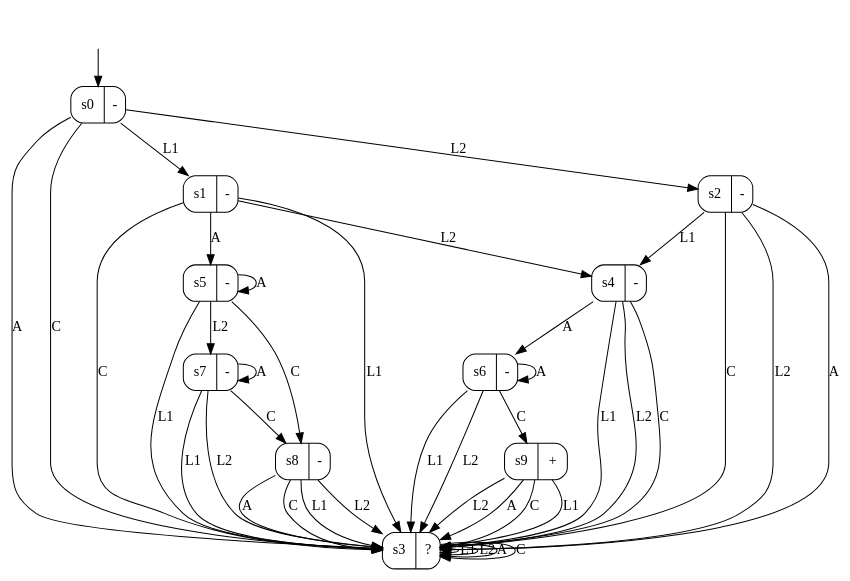
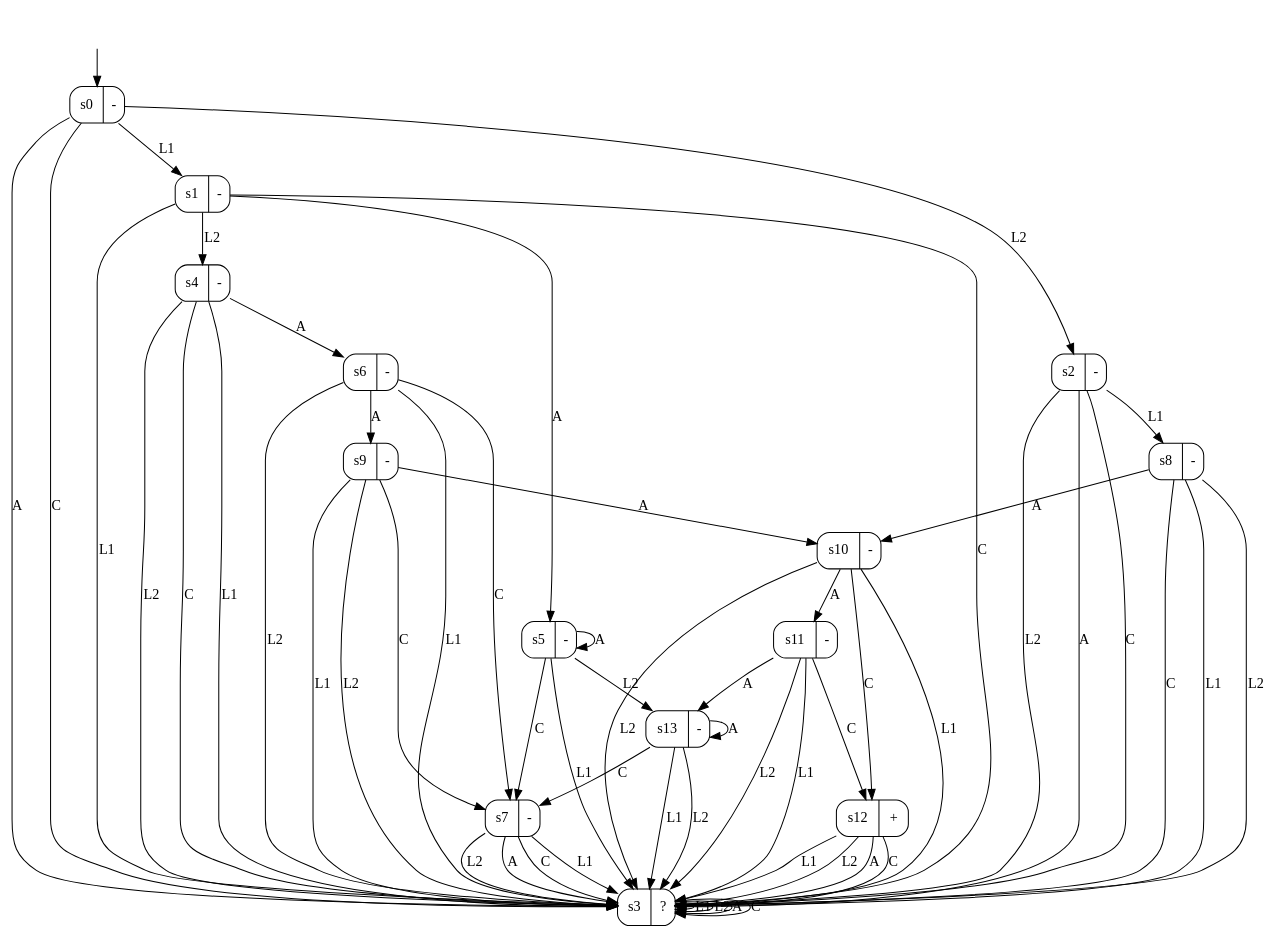
The diagram in output/magento_dfa3_0.6.dot (tomyaacov/lstar_dont_care), drawn with Graphviz before and after one commit. The commit also changed 22 other files, not shown here.

```diff
--- a/output/magento_dfa3_0.6.dot
+++ b/output/magento_dfa3_0.6.dot
@@ -1,54 +1,74 @@
 digraph "output/magento_dfa3_0.6" {
 s0 [label="s0|-", shape=record, style=rounded];
 s1 [label="s1|-", shape=record, style=rounded];
 s2 [label="s2|-", shape=record, style=rounded];
 s3 [label="s3|?", shape=record, style=rounded];
 s4 [label="s4|-", shape=record, style=rounded];
 s5 [label="s5|-", shape=record, style=rounded];
 s6 [label="s6|-", shape=record, style=rounded];
 s7 [label="s7|-", shape=record, style=rounded];
 s8 [label="s8|-", shape=record, style=rounded];
-s9 [label="s9|+", shape=record, style=rounded];
+s9 [label="s9|-", shape=record, style=rounded];
+s10 [label="s10|-", shape=record, style=rounded];
+s11 [label="s11|-", shape=record, style=rounded];
+s12 [label="s12|+", shape=record, style=rounded];
+s13 [label="s13|-", shape=record, style=rounded];
 s0 -> s1  [label=L1];
 s0 -> s2  [label=L2];
 s0 -> s3  [label=A];
 s0 -> s3  [label=C];
 s1 -> s3  [label=L1];
 s1 -> s4  [label=L2];
 s1 -> s5  [label=A];
 s1 -> s3  [label=C];
-s2 -> s4  [label=L1];
+s2 -> s8  [label=L1];
 s2 -> s3  [label=L2];
 s2 -> s3  [label=A];
 s2 -> s3  [label=C];
 s3 -> s3  [label=L1];
 s3 -> s3  [label=L2];
 s3 -> s3  [label=A];
 s3 -> s3  [label=C];
 s4 -> s3  [label=L1];
 s4 -> s3  [label=L2];
 s4 -> s6  [label=A];
 s4 -> s3  [label=C];
 s5 -> s3  [label=L1];
-s5 -> s7  [label=L2];
+s5 -> s13  [label=L2];
 s5 -> s5  [label=A];
-s5 -> s8  [label=C];
+s5 -> s7  [label=C];
 s6 -> s3  [label=L1];
 s6 -> s3  [label=L2];
-s6 -> s6  [label=A];
-s6 -> s9  [label=C];
+s6 -> s9  [label=A];
+s6 -> s7  [label=C];
 s7 -> s3  [label=L1];
 s7 -> s3  [label=L2];
-s7 -> s7  [label=A];
-s7 -> s8  [label=C];
+s7 -> s3  [label=A];
+s7 -> s3  [label=C];
 s8 -> s3  [label=L1];
 s8 -> s3  [label=L2];
-s8 -> s3  [label=A];
+s8 -> s10  [label=A];
 s8 -> s3  [label=C];
 s9 -> s3  [label=L1];
 s9 -> s3  [label=L2];
-s9 -> s3  [label=A];
-s9 -> s3  [label=C];
+s9 -> s10  [label=A];
+s9 -> s7  [label=C];
+s10 -> s3  [label=L1];
+s10 -> s3  [label=L2];
+s10 -> s11  [label=A];
+s10 -> s12  [label=C];
+s11 -> s3  [label=L1];
+s11 -> s3  [label=L2];
+s11 -> s13  [label=A];
+s11 -> s12  [label=C];
+s12 -> s3  [label=L1];
+s12 -> s3  [label=L2];
+s12 -> s3  [label=A];
+s12 -> s3  [label=C];
+s13 -> s3  [label=L1];
+s13 -> s3  [label=L2];
+s13 -> s13  [label=A];
+s13 -> s7  [label=C];
 __start0 [label="", shape=none];
 __start0 -> s0  [label=""];
 }
```
